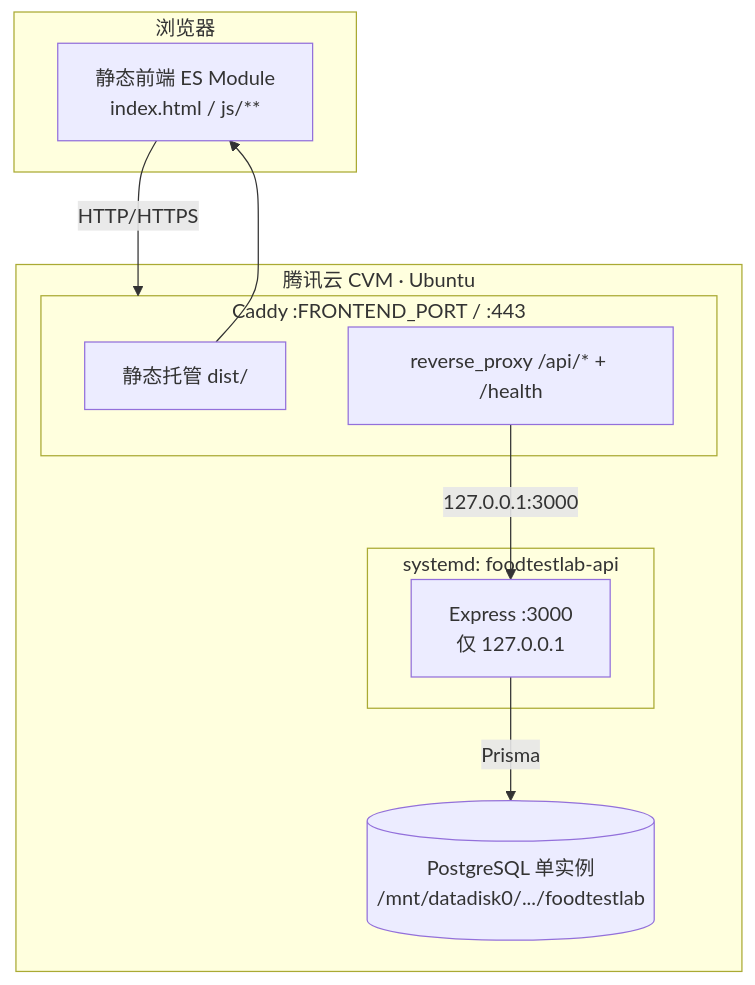
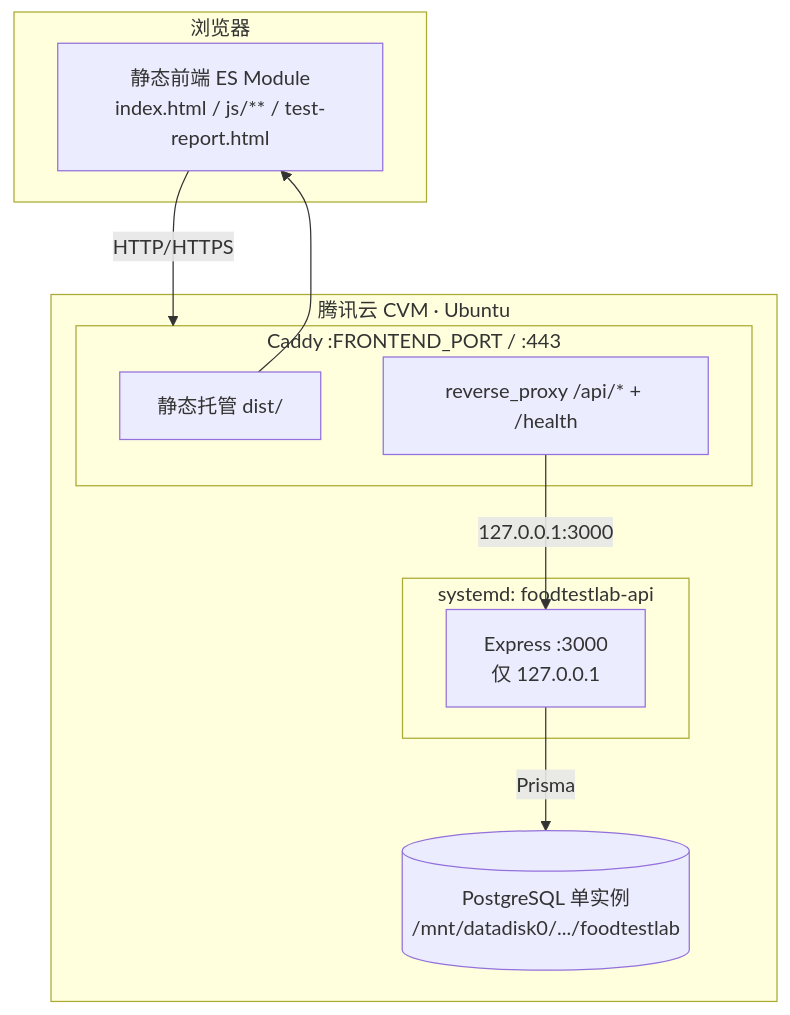
The first of 5 diagrams in README.md (ArthurUker/Tianjiabing_foodtestlab), drawn with Mermaid before and after one commit. The commit also changed other lines of this file, not shown here.

````diff
--- a/README.md
+++ b/README.md
@@ -81,22 +91,22 @@
 ```mermaid
 flowchart TB
     subgraph Client[浏览器]
-        UI[静态前端 ES Module<br/>index.html / js/**]
+        UI[静态前端 ES Module<br/>index.html / js/** / test-report.html]
     end
 
     subgraph CVM[腾讯云 CVM · Ubuntu]
         subgraph Caddy[Caddy :FRONTEND_PORT / :443]
             Static[静态托管 dist/]
             Proxy[reverse_proxy /api/* + /health]
         end
         subgraph Node[systemd: foodtestlab-api]
             API[Express :3000<br/>仅 127.0.0.1]
         end
         DB[(PostgreSQL 单实例<br/>/mnt/datadisk0/.../foodtestlab)]
     end
 
     UI -->|HTTP/HTTPS| Caddy
     Static --> UI
     Proxy -->|127.0.0.1:3000| API
     API -->|Prisma| DB
 ```
````
